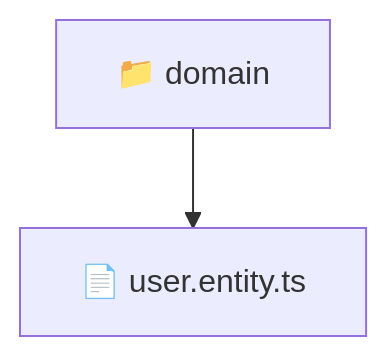
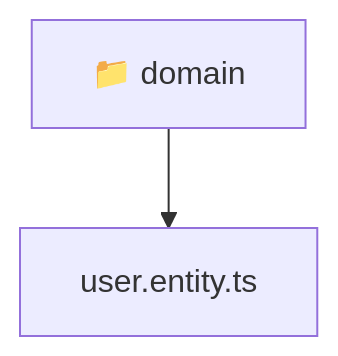
Before and after one commit to beginwebdev2002/fullstack-mavluda: the diagram in backend/src/modules/user/domain/README.md, drawn with Mermaid. The commit also changed other lines of this file and 167 other files, not shown here.

````diff
--- a/backend/src/modules/user/domain/README.md
+++ b/backend/src/modules/user/domain/README.md
@@ -9,5 +9,6 @@
 ```mermaid
 graph TD
-  Root["📁 domain"]
-  Root --> user_entity_ts["📄 user.entity.ts"]
+  Root_domain["📁 domain"]
+  f_user_entity_ts["user.entity.ts"]
+  Root_domain --> f_user_entity_ts
 ```
````
